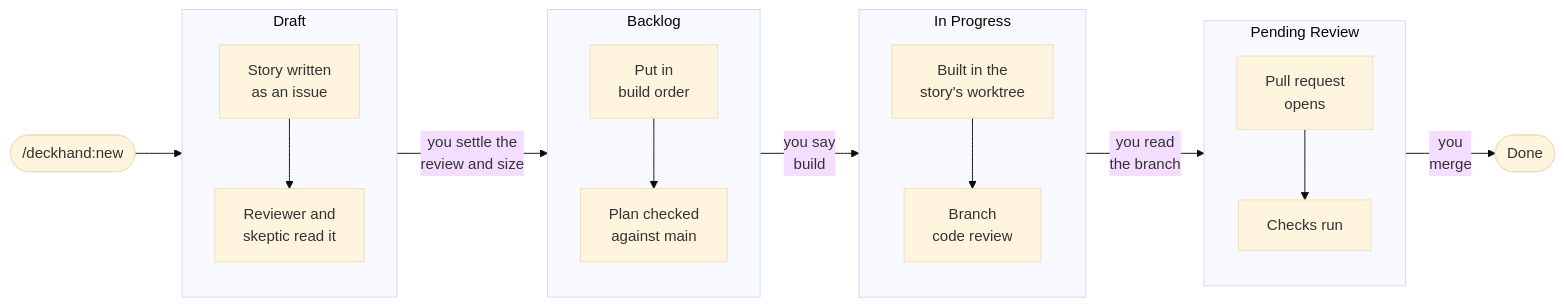
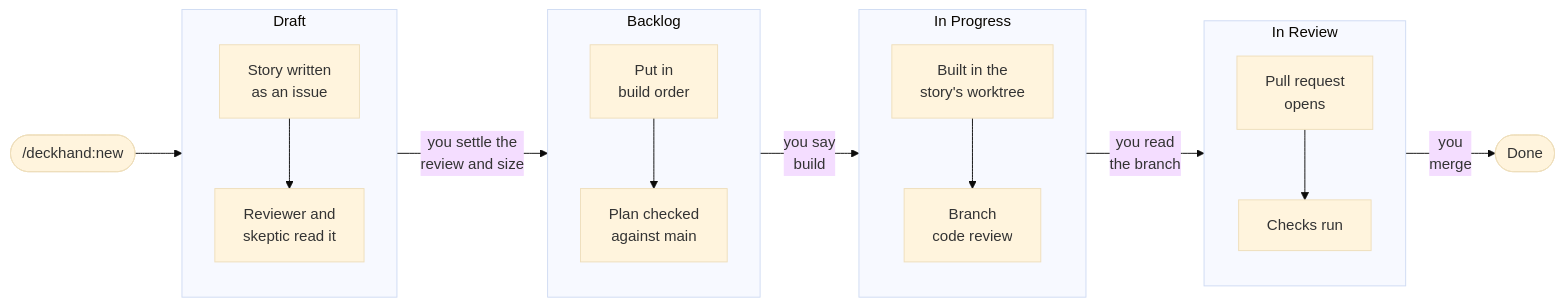
The diagram in README.md (JSA-Partners/deckhand), drawn with Mermaid (base theme) before and after one commit. The commit also changed 30 other files, not shown here.

````diff
--- a/README.md
+++ b/README.md
@@ -31,29 +31,29 @@
 ```mermaid
 flowchart LR
     idea(["/deckhand:new"]) --> Draft
 
     subgraph Draft
         direction TB
         d1[Story written<br/>as an issue] --> d2[Reviewer and<br/>skeptic read it]
     end
 
     subgraph Backlog
         direction TB
         b1[Put in<br/>build order] --> b2[Plan checked<br/>against main]
     end
 
     subgraph InProgress [In Progress]
         direction TB
         i1[Built in the<br/>story's worktree] --> i2[Branch<br/>code review]
     end
 
-    subgraph PendingReview [Pending Review]
+    subgraph InReview [In Review]
         direction TB
         p1[Pull request<br/>opens] --> p2[Checks run]
     end
 
     Draft -->|you settle the<br/>review and size| Backlog
     Backlog -->|you say<br/>build| InProgress
-    InProgress -->|you read<br/>the branch| PendingReview
-    PendingReview -->|you<br/>merge| Done([Done])
+    InProgress -->|you read<br/>the branch| InReview
+    InReview -->|you<br/>merge| Done([Done])
 ```
````
